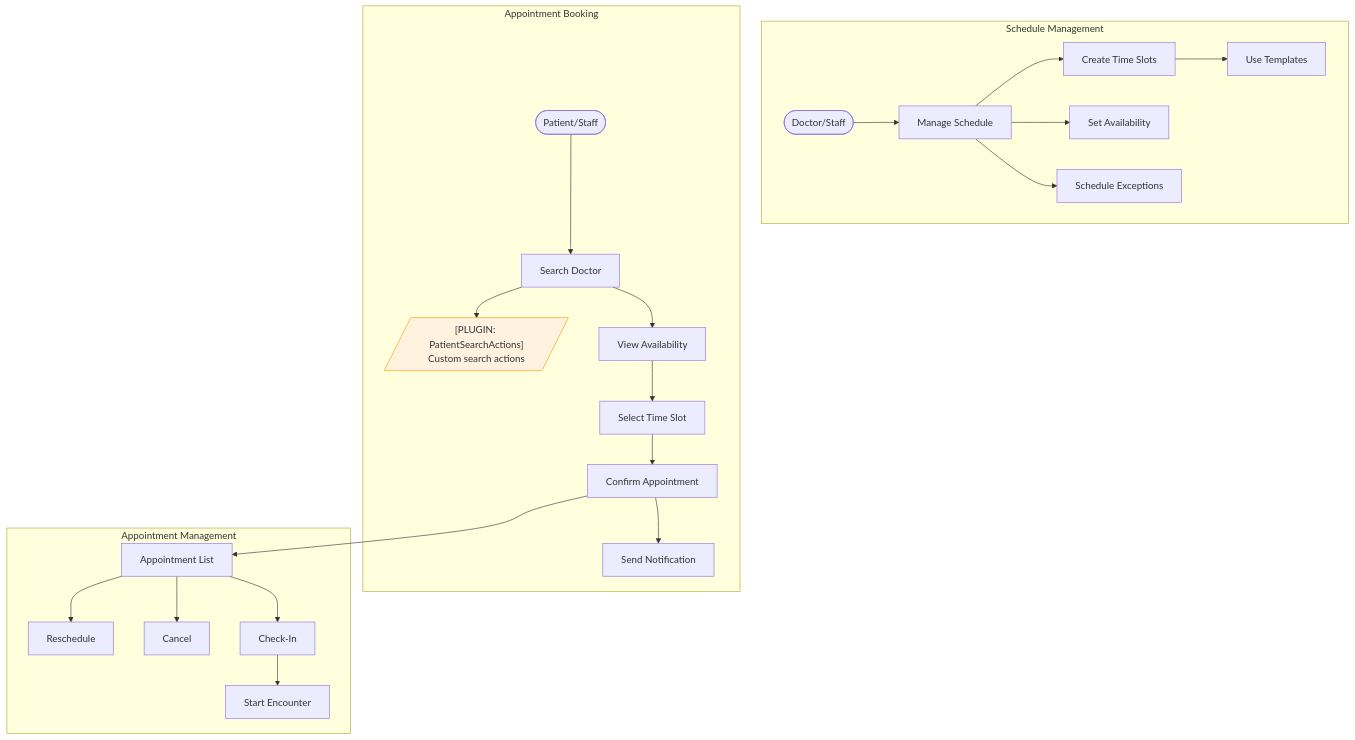
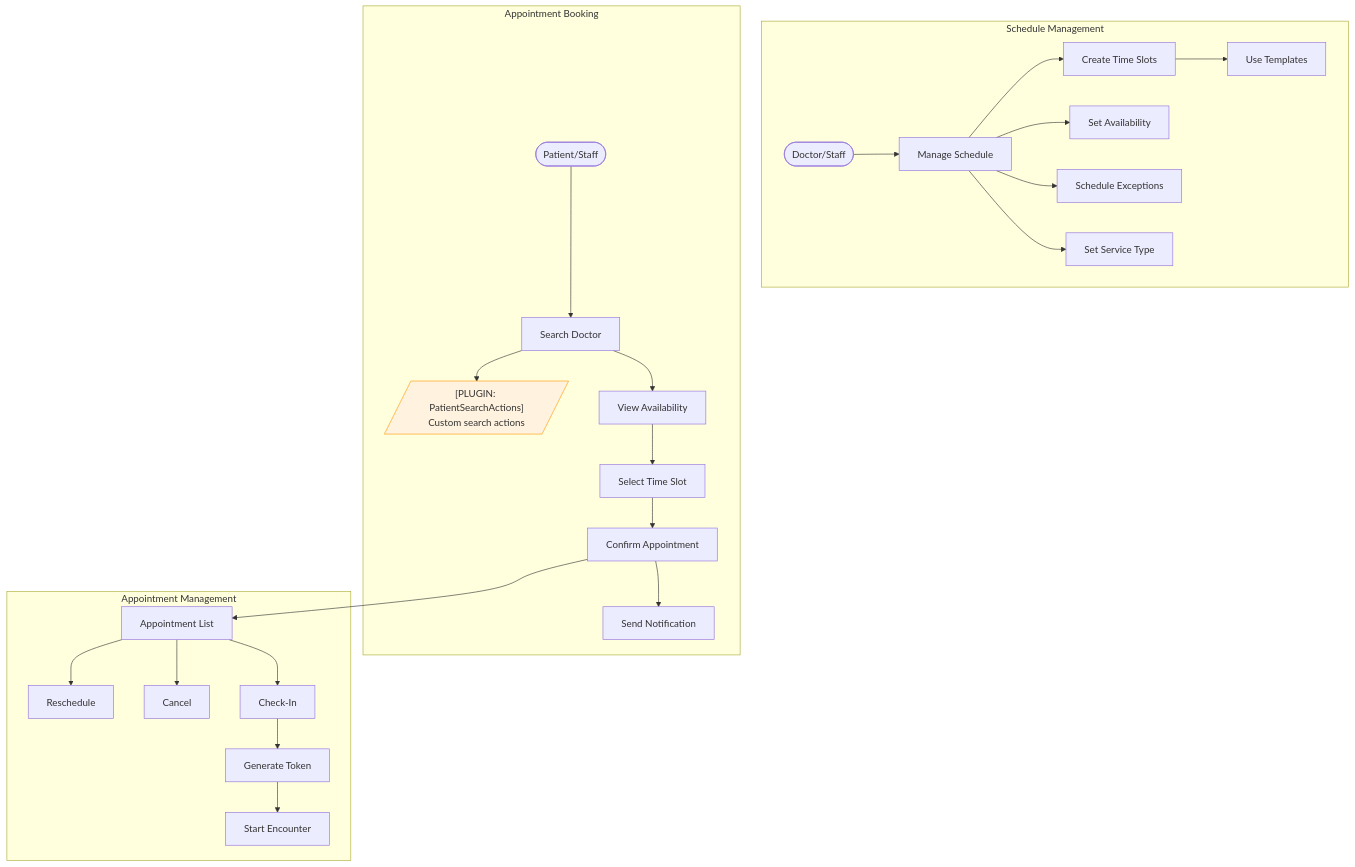
Diagram 11 of 23 in flowdiagram.md (jagankumar-egov/care_fe), drawn with Mermaid before and after one commit. The commit also changed other lines of this file and 2 other files, not shown here.

Commit message:
updated flow

````diff
--- a/flowdiagram.md
+++ b/flowdiagram.md
@@ -259,29 +438,31 @@
 ```mermaid
 flowchart TD
     subgraph ScheduleManagement["Schedule Management"]
         Start([Doctor/Staff]) --> ManageSchedule[Manage Schedule]
         ManageSchedule --> CreateSlots[Create Time Slots]
         ManageSchedule --> SetAvail[Set Availability]
         ManageSchedule --> Exceptions[Schedule Exceptions]
         CreateSlots --> Templates[Use Templates]
+        ManageSchedule --> ServiceType[Set Service Type]
     end
 
     subgraph AppointmentBooking["Appointment Booking"]
         Patient([Patient/Staff]) --> SearchDoc[Search Doctor]
         SearchDoc --> PLUGIN_SEARCH[/"[PLUGIN: PatientSearchActions]<br/>Custom search actions"/]
         SearchDoc --> ViewAvail[View Availability]
         ViewAvail --> SelectSlot[Select Time Slot]
         SelectSlot --> ConfirmAppt[Confirm Appointment]
         ConfirmAppt --> Notification[Send Notification]
     end
 
     subgraph AppointmentManagement["Appointment Management"]
         ConfirmAppt --> ApptList[Appointment List]
         ApptList --> Reschedule[Reschedule]
         ApptList --> Cancel[Cancel]
         ApptList --> CheckIn[Check-In]
-        CheckIn --> StartEnc[Start Encounter]
+        CheckIn --> GenerateToken[Generate Token]
+        GenerateToken --> StartEnc[Start Encounter]
     end
 
     style PLUGIN_SEARCH fill:#fff3e0,stroke:#ff9800
 ```
````
